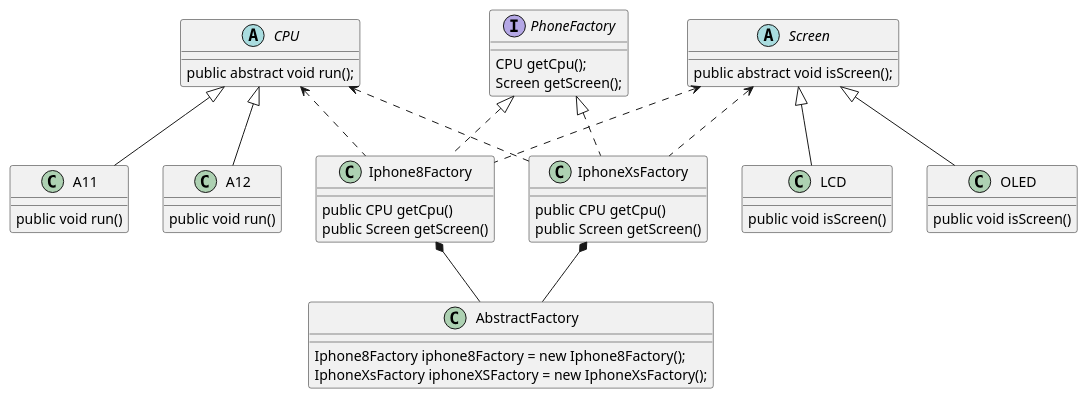
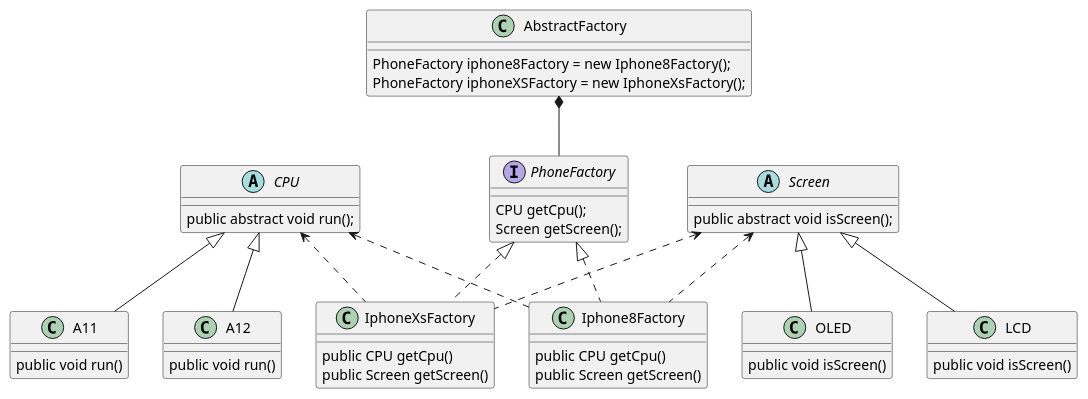
One commit to GitHub-yuteng/LearningNotes changed the diagram in src/main/java/DesignPatterns/Factory/AbstractFactory/AbstractFactory.puml. Above: the diagram before and after it, drawn with PlantUML.

Commit message:
抽象工厂 类图

```diff
--- a/src/main/java/DesignPatterns/Factory/AbstractFactory/AbstractFactory.puml
+++ b/src/main/java/DesignPatterns/Factory/AbstractFactory/AbstractFactory.puml
@@ -1,57 +1,55 @@
 @startuml
 
 abstract class CPU{
 public abstract void run();
 }
 
 class A11 extends CPU {
 public void run()
 }
 
 class A12 extends CPU {
 public void run()
 }
 
 abstract class Screen {
 public abstract void isScreen();
 }
 
 class LCD extends Screen {
 public void isScreen()
 }
 
 class OLED extends Screen {
 public void isScreen()
 }
 
 interface PhoneFactory {
 CPU getCpu();
 Screen getScreen();
 }
 
 class Iphone8Factory implements PhoneFactory {
 public CPU getCpu()
 public Screen getScreen()
 }
 
 CPU <.. Iphone8Factory
 Screen <.. Iphone8Factory
 
 class IphoneXsFactory implements PhoneFactory {
 public CPU getCpu()
 public Screen getScreen()
 }
 
 CPU <.. IphoneXsFactory
 Screen <.. IphoneXsFactory
 
 
 class AbstractFactory {
-Iphone8Factory iphone8Factory = new Iphone8Factory();
-IphoneXsFactory iphoneXSFactory = new IphoneXsFactory();
+PhoneFactory iphone8Factory = new Iphone8Factory();
+PhoneFactory iphoneXSFactory = new IphoneXsFactory();
 }
 
-Iphone8Factory *-- AbstractFactory
-IphoneXsFactory *-- AbstractFactory
-
+AbstractFactory *-- PhoneFactory
 @enduml
```
